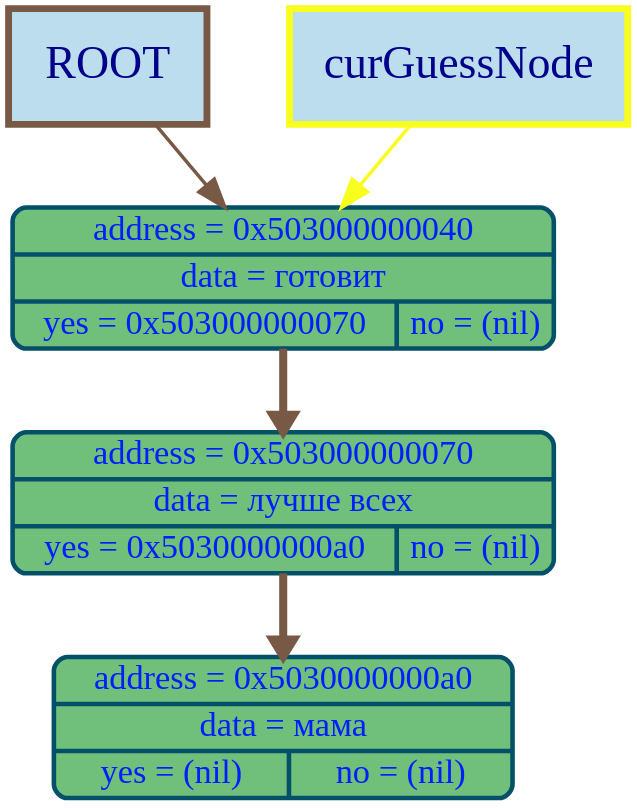
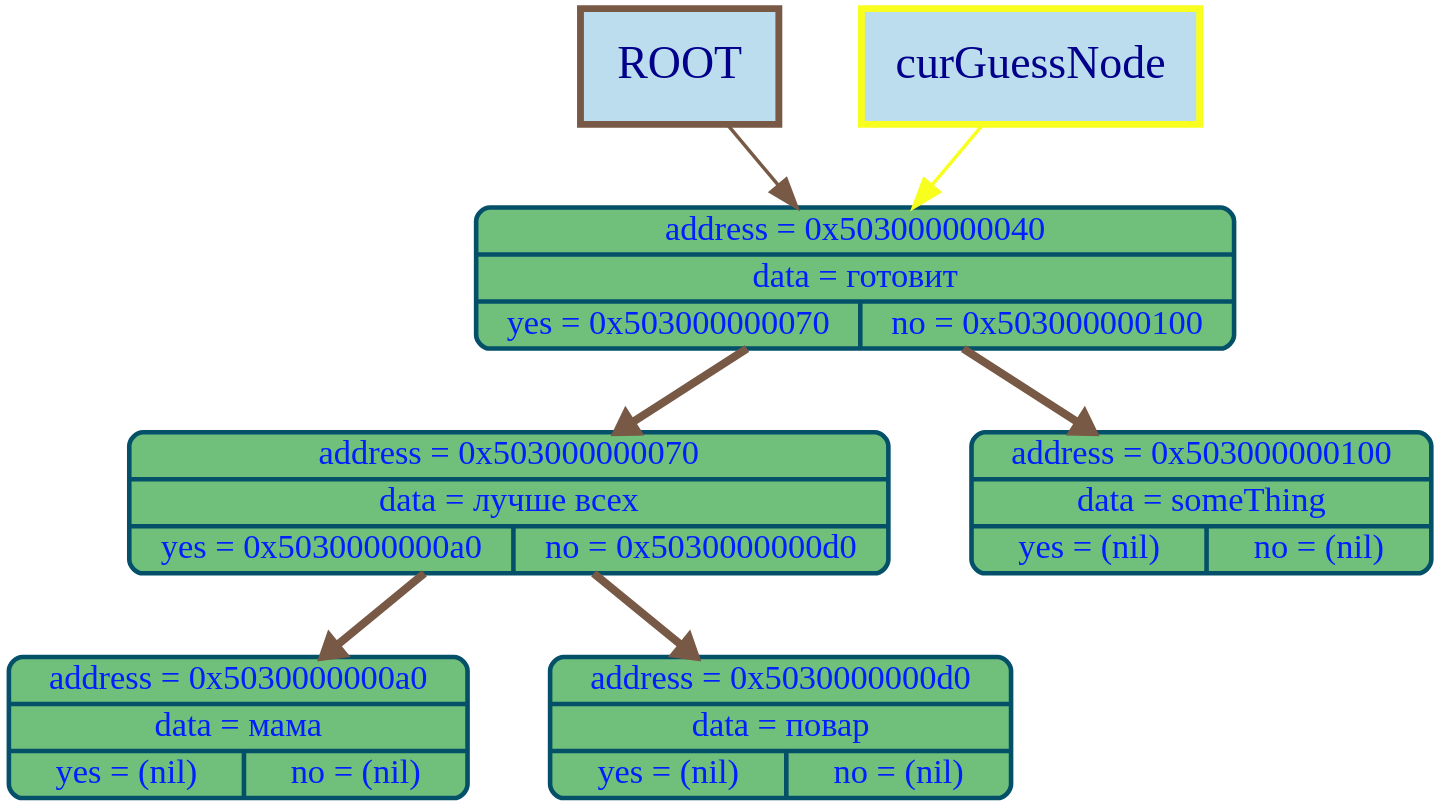
Before and after one commit to timoko3/akinator: the diagram in graphDumps/graphDump.dot, drawn with Graphviz. The commit also changed 12 other files, not shown here.

```diff
--- a/graphDumps/graphDump.dot
+++ b/graphDumps/graphDump.dot
@@ -1,16 +1,20 @@
 digraph G {
 bgcolor="transparent"
 nodesep = 1;
 ranksep = 1
 	node [shape=Mrecord, style="filled", fillcolor="#70c07cff", fontcolor="#001effff", color="#035068ff", penwidth=4, fontname="Menlo", fontsize=30];
 
-	node64 [label="{address = 0x503000000040 | data = готовит | {yes = 0x503000000070 | no = (nil)}} "];
-	node112 [label="{address = 0x503000000070 | data = лучше всех | {yes = 0x5030000000a0 | no = (nil)}} "];
+	node64 [label="{address = 0x503000000040 | data = готовит | {yes = 0x503000000070 | no = 0x503000000100}} "];
+	node112 [label="{address = 0x503000000070 | data = лучше всех | {yes = 0x5030000000a0 | no = 0x5030000000d0}} "];
 	node160 [label="{address = 0x5030000000a0 | data = мама | {yes = (nil) | no = (nil)}} "];
+	node208 [label="{address = 0x5030000000d0 | data = повар | {yes = (nil) | no = (nil)}} "];
+	node256 [label="{address = 0x503000000100 | data = someThing | {yes = (nil) | no = (nil)}} "];
 node64 ->node112 [color="#785946ff", arrowsize=1.5, penwidth=7, weight=1000];
 node112 ->node160 [color="#785946ff", arrowsize=1.5, penwidth=7, weight=1000];
+node112->node208 [color="#785946ff", arrowsize=1.5, penwidth=7, weight=1000];
+node64->node256 [color="#785946ff", arrowsize=1.5, penwidth=7, weight=1000];
 root_label [shape=box, width = 2.4, height = 1.4, label="ROOT", style="filled", fillcolor="#BBDDEE", color="#785946ff", penwidth = 6,  fontcolor="darkblue", fontsize = 40];
 cur_node_label [shape=box, width = 2.4, height = 1.4, label="curGuessNode", style="filled", fillcolor="#BBDDEE", color="#f8ff1fff", penwidth = 6,  fontcolor="darkblue", fontsize = 40];
 root_label -> node64 [color="#785946ff"  , arrowsize=2.5, penwidth=3];
 cur_node_label -> node64 [color="#f8ff1fff"  , arrowsize=2.5, penwidth=3];
 }
```
